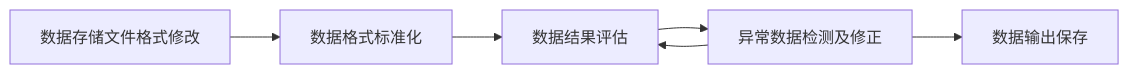
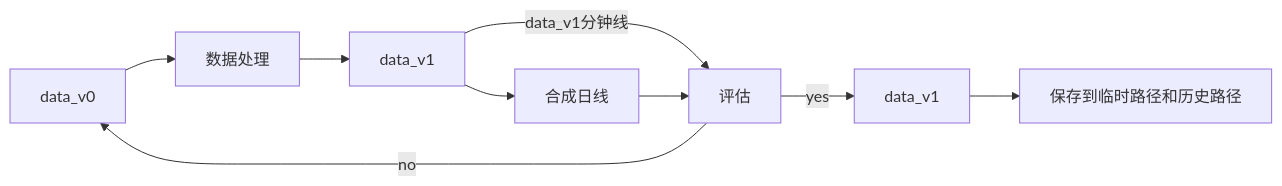
The diagram in README.md (Nobody0Zy/hk_stk_data_processing_by_jsy), drawn with Mermaid before and after one commit. The commit also changed other lines of this file and 3 other files, not shown here.

````diff
--- a/README.md
+++ b/README.md
@@ -4,8 +4,11 @@
 ```mermaid
 graph LR
-A[数据存储文件格式修改] --> B[数据格式标准化]
-B --> C[数据结果评估]
-C --> D[异常数据检测及修正]
-D --> C[数据结果评估]
-D --> E[数据输出保存]
+A[data_v0] --> B[数据处理]   
+B --> C[data_v1]
+C --> D[合成日线]
+C --data_v1分钟线--> F[评估]
+D --> F[评估]
+F -- yes --> G[data_v1]
+F -- no --> A[data_v0]
+G --> H[保存到临时路径和历史路径]
 ```
````
